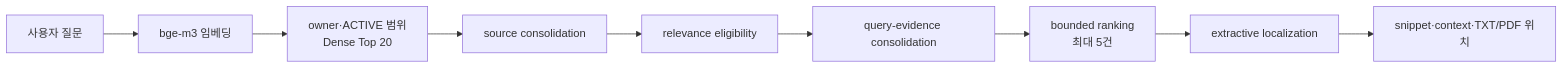
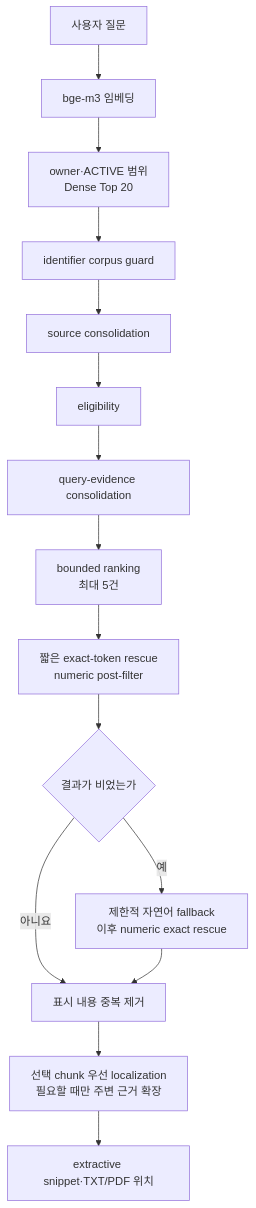
One commit to jaemin-devlog/PRIZM changed the fourth of 8 diagrams in docs/architecture.md. Above: the diagram before and after it, drawn with Mermaid. The commit also changed other lines of this file and 20 other files, not shown here.

````diff
--- a/docs/architecture.md
+++ b/docs/architecture.md
@@ -236,11 +236,17 @@
 ```mermaid
-flowchart LR
+flowchart TD
     Q[사용자 질문] --> E[bge-m3 임베딩]
     E --> D[owner·ACTIVE 범위<br/>Dense Top 20]
-    D --> S[source consolidation]
-    S --> C[relevance eligibility]
+    D --> I[identifier corpus guard]
+    I --> S[source consolidation]
+    S --> C[eligibility]
     C --> G[query-evidence consolidation]
     G --> R[bounded ranking<br/>최대 5건]
-    R --> L[extractive localization]
-    L --> A[snippet·context·TXT/PDF 위치]
+    R --> X[짧은 exact-token rescue<br/>numeric post-filter]
+    X --> F{결과가 비었는가}
+    F -->|예| N[제한적 자연어 fallback<br/>이후 numeric exact rescue]
+    F -->|아니요| P[표시 내용 중복 제거]
+    N --> P
+    P --> L[선택 chunk 우선 localization<br/>필요할 때만 주변 근거 확장]
+    L --> A[extractive snippet·TXT/PDF 위치]
 ```
````
